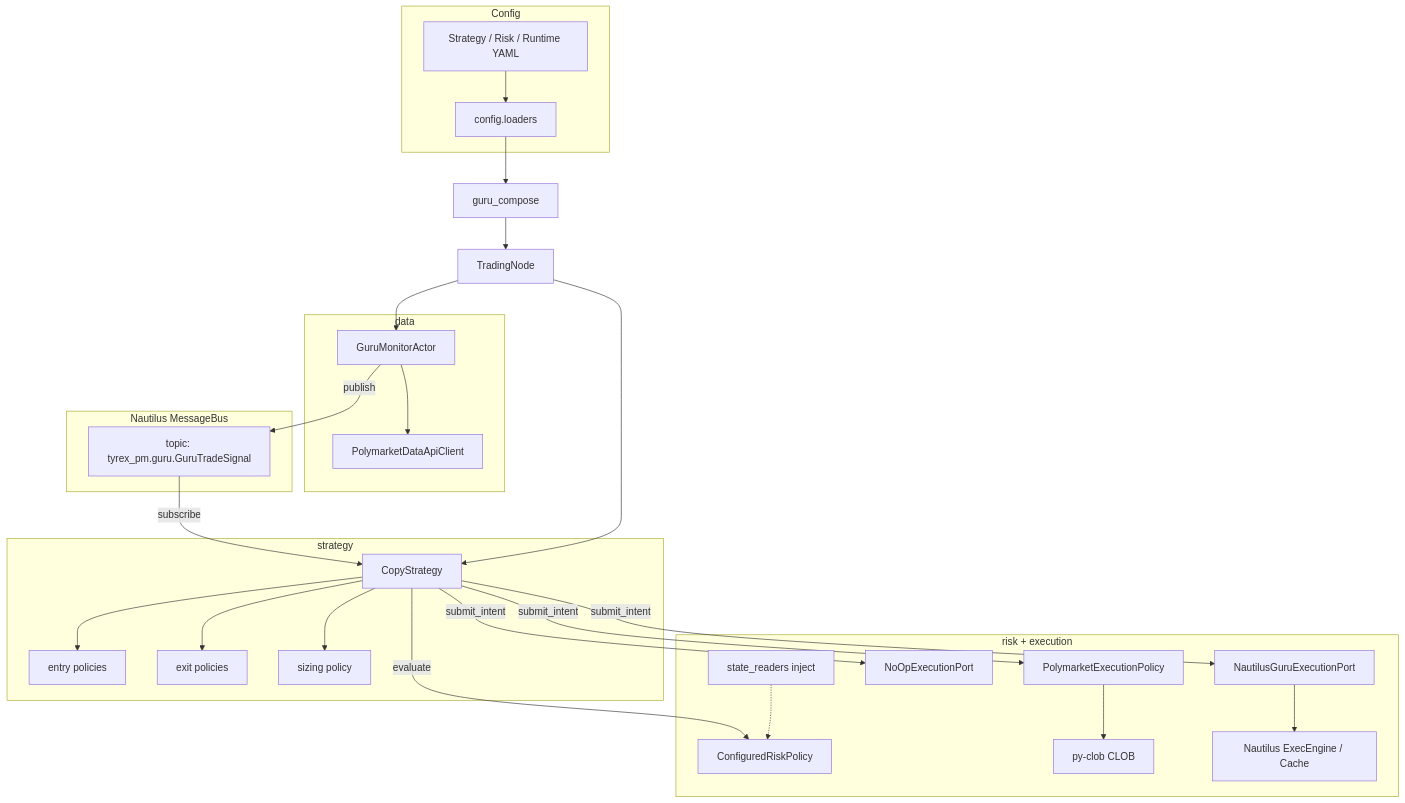
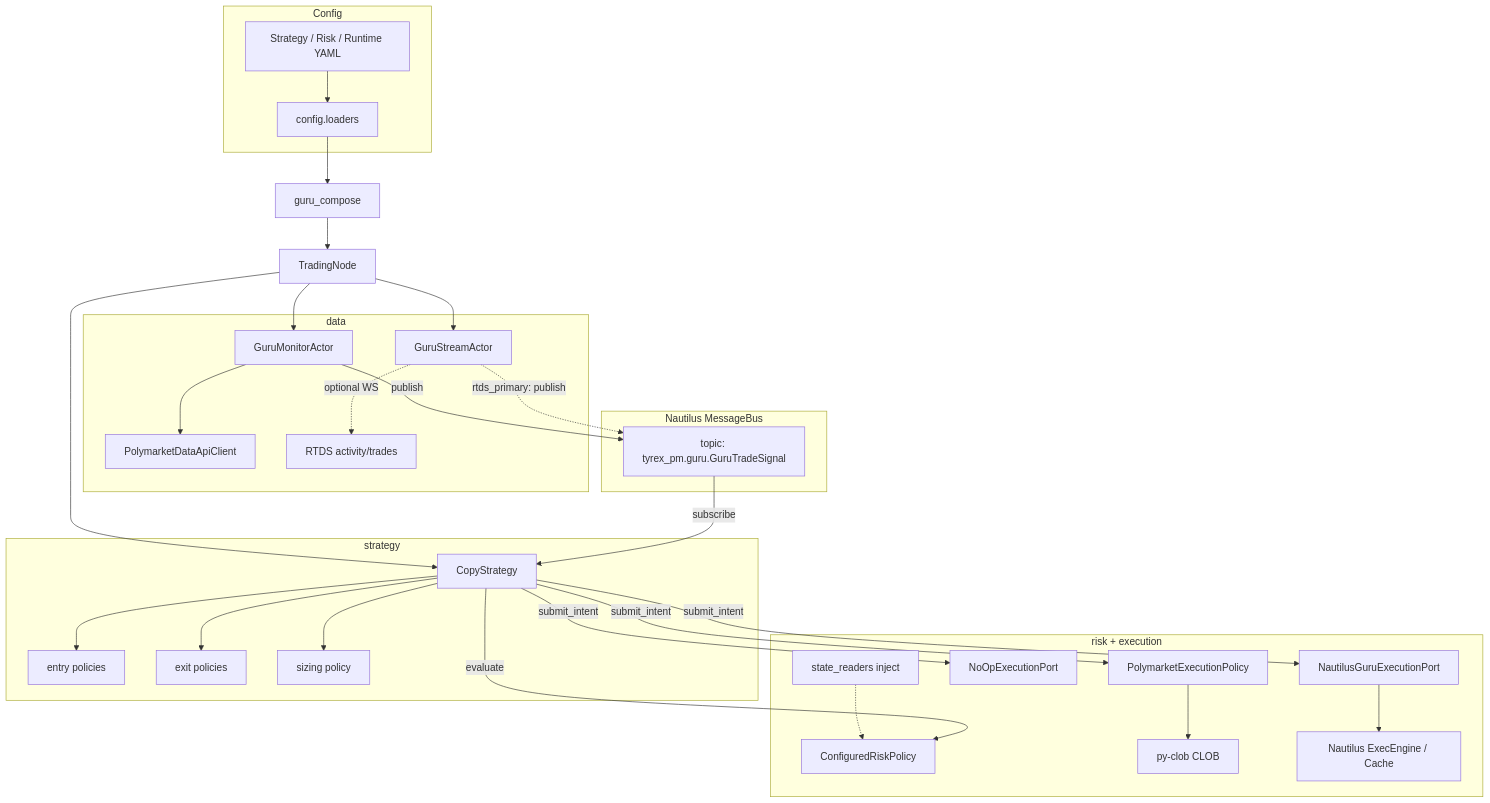
The diagram in Docs/Architecture.md (eliesgherbi/Tyrex_PM), drawn with Mermaid before and after one commit. The commit also changed other lines of this file and 84 other files, not shown here.

````diff
--- a/Docs/Architecture.md
+++ b/Docs/Architecture.md
@@ -71,52 +73,56 @@
 ```mermaid
 flowchart TB
   subgraph Config
     YAML[Strategy / Risk / Runtime YAML]
     Loaders[config.loaders]
   end
 
   subgraph DataLayer[data]
     Actor[GuruMonitorActor]
+    Stream[GuruStreamActor]
     API[PolymarketDataApiClient]
     Actor --> API
+    Stream -.->|optional WS| RTDS[RTDS activity/trades]
   end
 
   subgraph Bus[Nautilus MessageBus]
     Topic["topic: tyrex_pm.guru.GuruTradeSignal"]
   end
 
   subgraph StrategyLayer[strategy]
     Copy[CopyStrategy]
     Entry[entry policies]
     Exit[exit policies]
     Size[sizing policy]
     Copy --> Entry
     Copy --> Exit
     Copy --> Size
   end
 
   subgraph RiskExec[risk + execution]
     Risk[ConfiguredRiskPolicy]
     Readers[state_readers inject]
     XShad[NoOpExecutionPort]
     XLive[PolymarketExecutionPolicy]
     XNau[NautilusGuruExecutionPort]
     CLOB[py-clob CLOB]
     NT[Nautilus ExecEngine / Cache]
     XLive --> CLOB
     XNau --> NT
     Readers -.-> Risk
   end
 
   YAML --> Loaders
   Loaders --> Runtime[guru_compose]
   Runtime --> TradingNode[TradingNode]
   TradingNode --> Actor
+  TradingNode --> Stream
   TradingNode --> Copy
   Actor -->|publish| Topic
+  Stream -.->|rtds_primary: publish| Topic
   Topic -->|subscribe| Copy
   Copy -->|evaluate| Risk
   Copy -->|submit_intent| XShad
   Copy -->|submit_intent| XLive
   Copy -->|submit_intent| XNau
 ```
````
